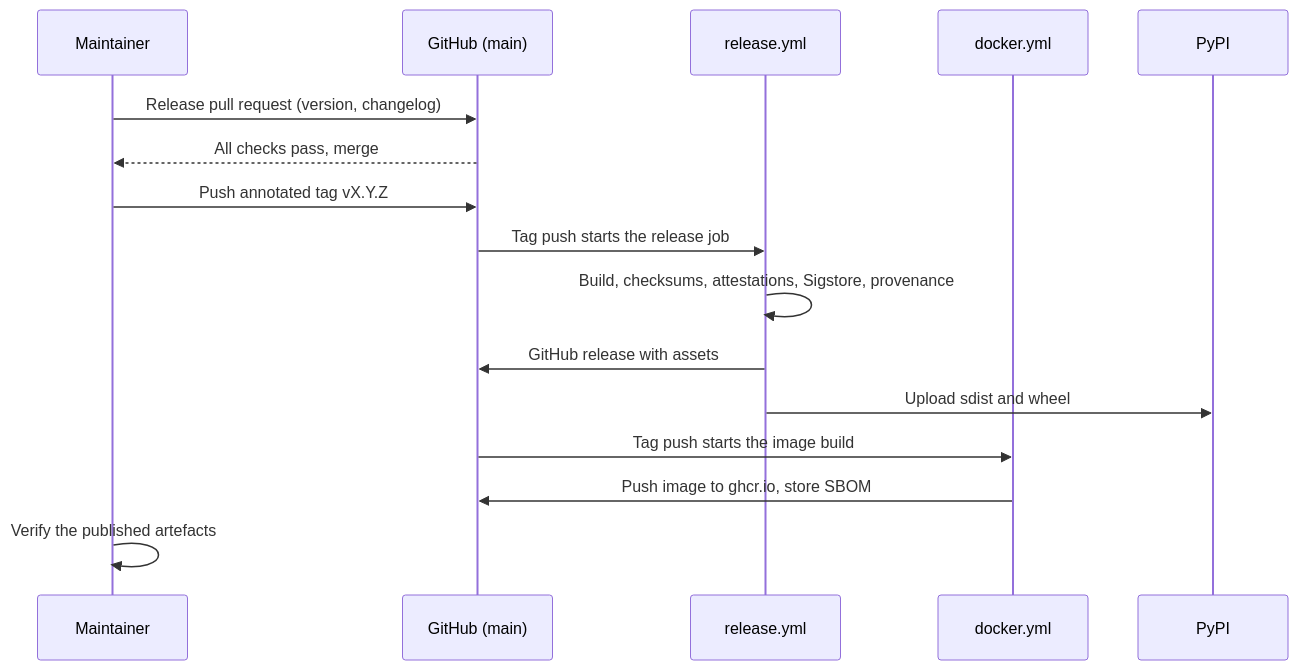
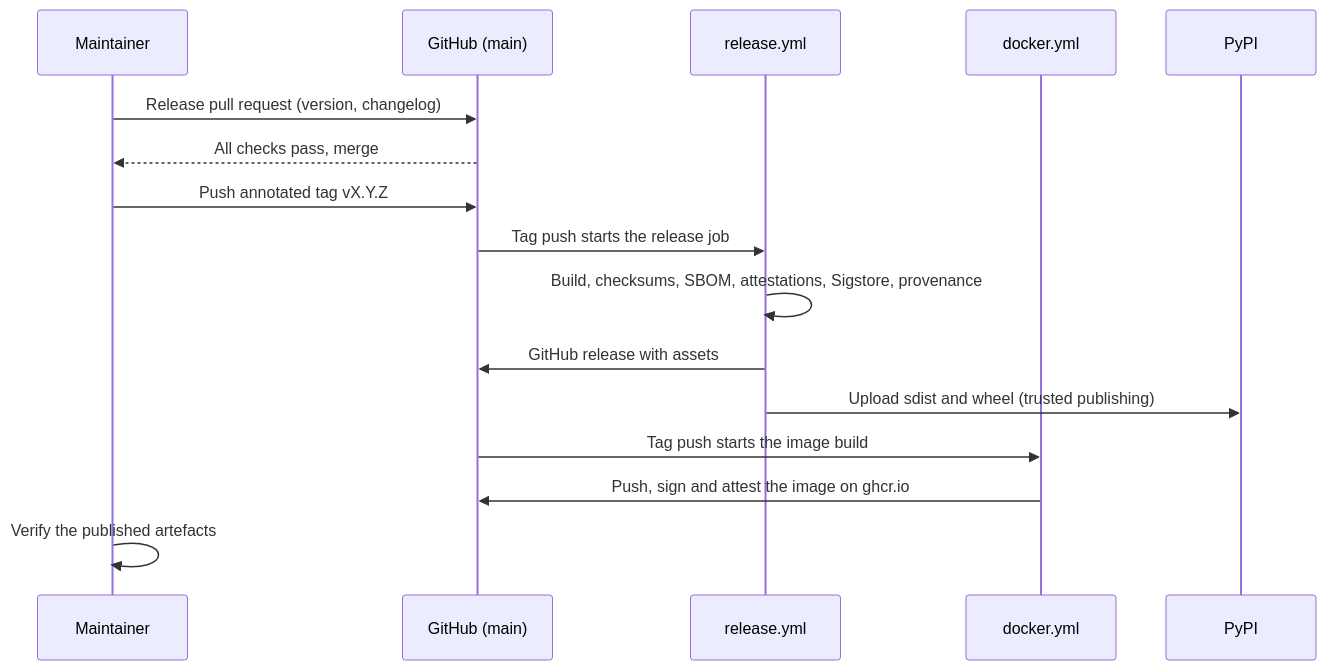
Before and after one commit to unbihexium-oss/unbihexium: the diagram in docs/operations/releasing.md, drawn with Mermaid. The commit also changed other lines of this file and 16 other files, not shown here.

First line of the commit message:
docs: describe the platform tests, trusted publishing, signing, SBOMs and gates

````diff
--- a/docs/operations/releasing.md
+++ b/docs/operations/releasing.md
@@ -59,18 +59,18 @@
 ```mermaid
 sequenceDiagram
     participant M as Maintainer
     participant GH as GitHub (main)
     participant R as release.yml
     participant D as docker.yml
     participant P as PyPI
     M->>GH: Release pull request (version, changelog)
     GH-->>M: All checks pass, merge
     M->>GH: Push annotated tag vX.Y.Z
     GH->>R: Tag push starts the release job
-    R->>R: Build, checksums, attestations, Sigstore, provenance
+    R->>R: Build, checksums, SBOM, attestations, Sigstore, provenance
     R->>GH: GitHub release with assets
-    R->>P: Upload sdist and wheel
+    R->>P: Upload sdist and wheel (trusted publishing)
     GH->>D: Tag push starts the image build
-    D->>GH: Push image to ghcr.io, store SBOM
+    D->>GH: Push, sign and attest the image on ghcr.io
     M->>M: Verify the published artefacts
 ```
````
